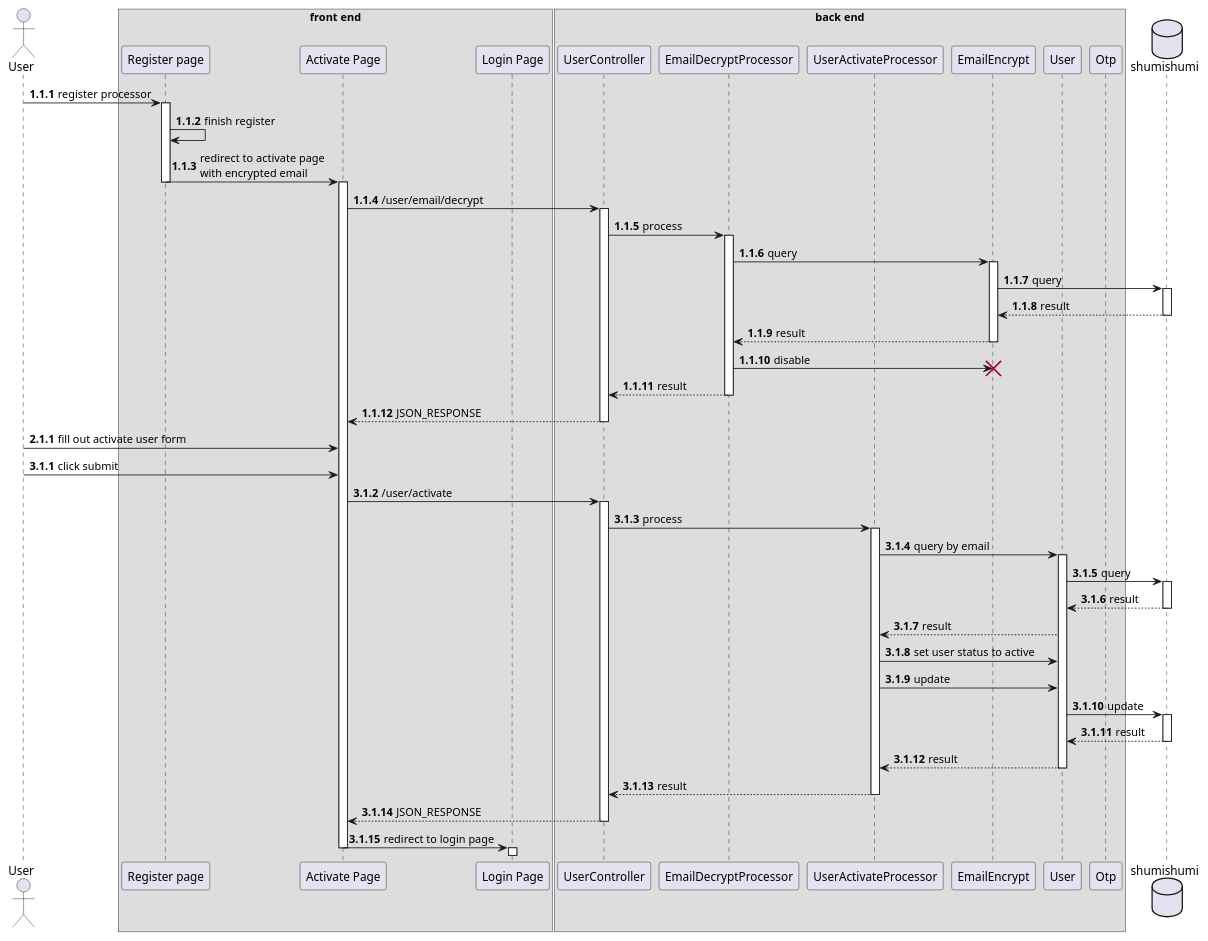
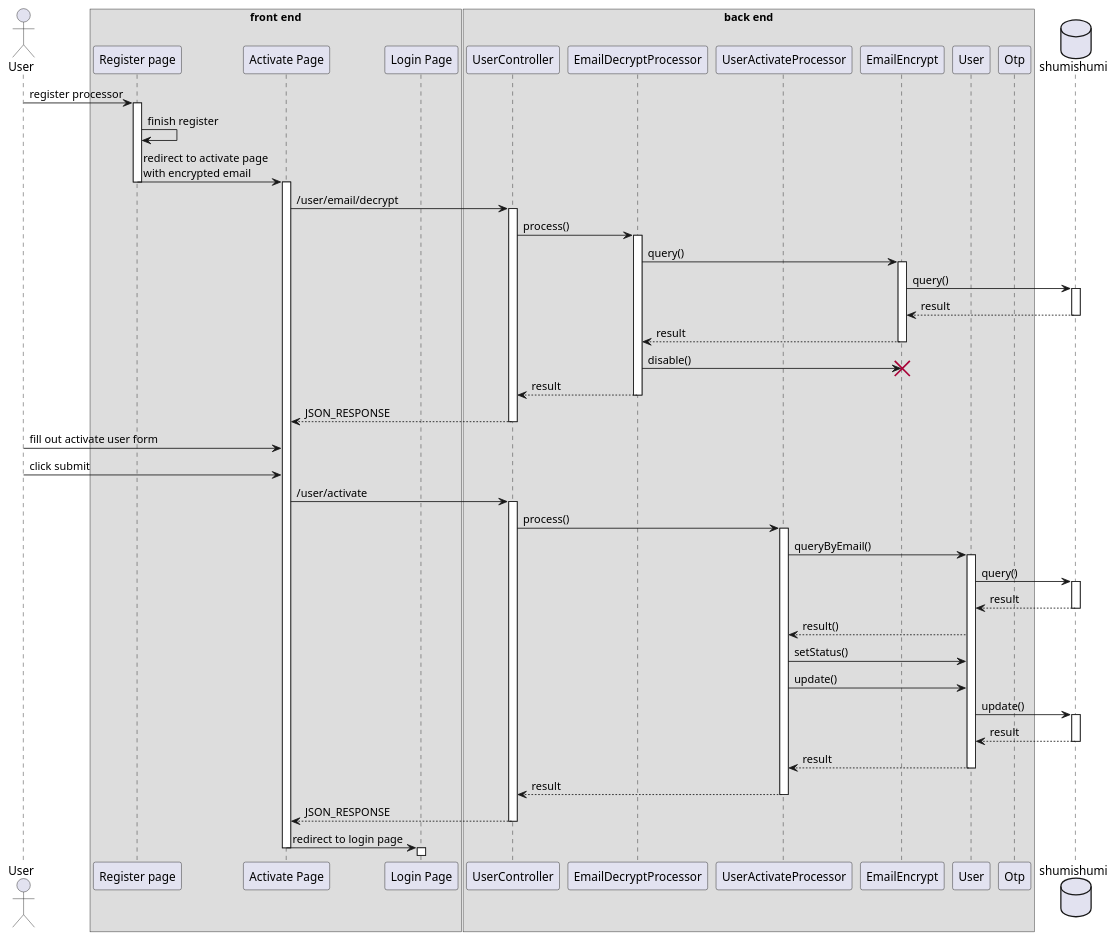
Before and after one commit to aldihsuhandi/skripsi-2023: the diagram in uml diagram/sequence diagram/2. activate.pu, drawn with PlantUML. The commit also changed 68 other files, not shown here.

Commit message:
fix sequence diagram

```diff
--- a/uml diagram/sequence diagram/2. activate.pu
+++ b/uml diagram/sequence diagram/2. activate.pu
@@ -1,65 +1,65 @@
 @startuml activate
-autonumber 1.1.1
+'autonumber 1.1.1
 
 actor User as u
 
 box "front end"
 participant "Register page" as register
 participant "Activate Page" as active
 participant "Login Page" as login
 end box
 box "back end"
 participant "UserController" as userc
 
 participant "EmailDecryptProcessor" as decproc
 
 participant "UserActivateProcessor" as proc
 
 participant "EmailEncrypt" as eem
 participant "User" as um
 participant "Otp" as om
 end box
 
 database shumishumi as db
 
 u -> register++ : register processor
 register -> register : finish register
 register -> active--++ : redirect to activate page\nwith encrypted email
 
 
 active -> userc++ : /user/email/decrypt
-userc -> decproc++ : process
-decproc -> eem++ : query
-eem -> db++ : query
+userc -> decproc++ : process()
+decproc -> eem++ : query()
+eem -> db++ : query()
 return result
 return result
-decproc -> eem !! : disable
+decproc -> eem !! : disable()
 
 return result
 return JSON_RESPONSE
 
-autonumber inc a
+'autonumber inc a
 u -> active : fill out activate user form
-autonumber inc a
+'autonumber inc a
 u -> active : click submit
 
 active -> userc++ : /user/activate
-userc -> proc++ : process
+userc -> proc++ : process()
 
-proc -> um++ : query by email
-um -> db++ : query
+proc -> um++ : queryByEmail()
+um -> db++ : query()
 return result
-proc <-- um : result
+proc <-- um : result()
 
-proc -> um : set user status to active
-proc -> um : update
-um -> db++ : update
+proc -> um : setStatus()
+proc -> um : update()
+um -> db++ : update()
 return result
 return result
 return result
 
 return JSON_RESPONSE
 
 active -> login--++ : redirect to login page
 
 @enduml
```
